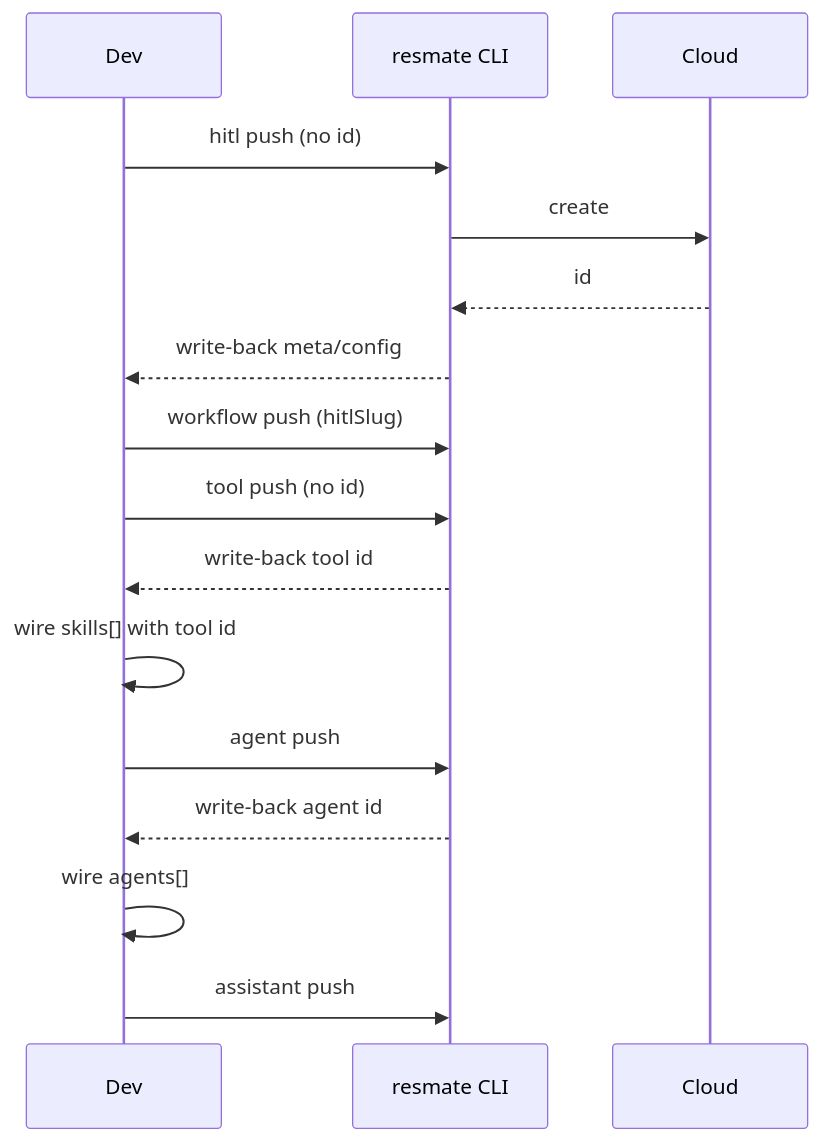
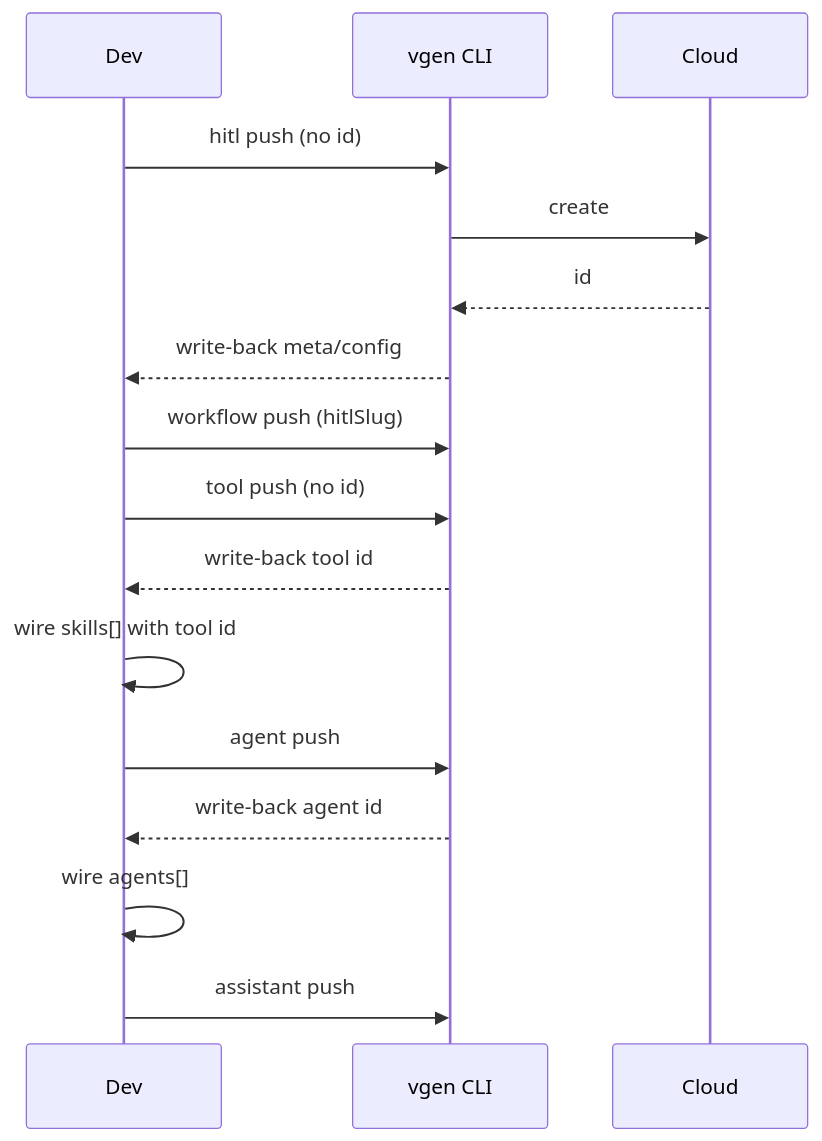
The third of 4 diagrams in docs/INIT-AUTHORING-KIT-GAPS-PLAN.md (battikerigayathri/vgen-cli), drawn with Mermaid before and after one commit. The commit also changed other lines of this file and 120 other files, not shown here.

Commit message:
changed every occurence of resmate/RESMATE with vgen/VGEN

````diff
--- a/docs/INIT-AUTHORING-KIT-GAPS-PLAN.md
+++ b/docs/INIT-AUTHORING-KIT-GAPS-PLAN.md
@@ -286,18 +286,18 @@
 ```mermaid
 sequenceDiagram
   participant Dev
-  participant CLI as resmate CLI
+  participant CLI as vgen CLI
   participant Cloud
   Dev->>CLI: hitl push (no id)
   CLI->>Cloud: create
   Cloud-->>CLI: id
   CLI-->>Dev: write-back meta/config
   Dev->>CLI: workflow push (hitlSlug)
   Dev->>CLI: tool push (no id)
   CLI-->>Dev: write-back tool id
   Dev->>Dev: wire skills[] with tool id
   Dev->>CLI: agent push
   CLI-->>Dev: write-back agent id
   Dev->>Dev: wire agents[]
   Dev->>CLI: assistant push
 ```
````
